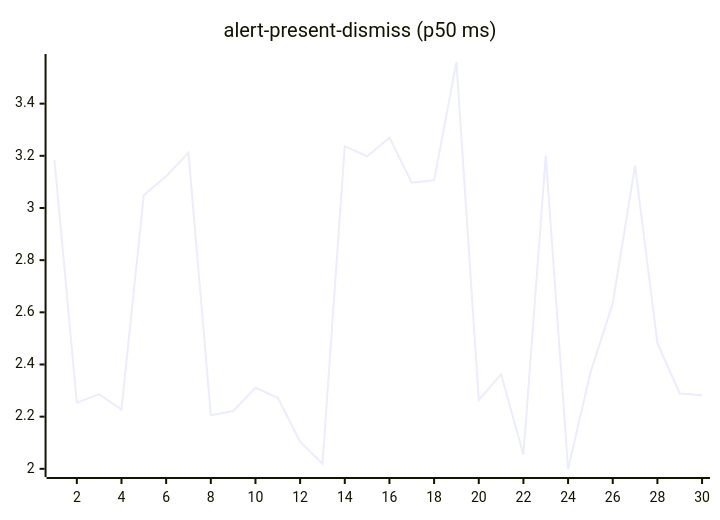
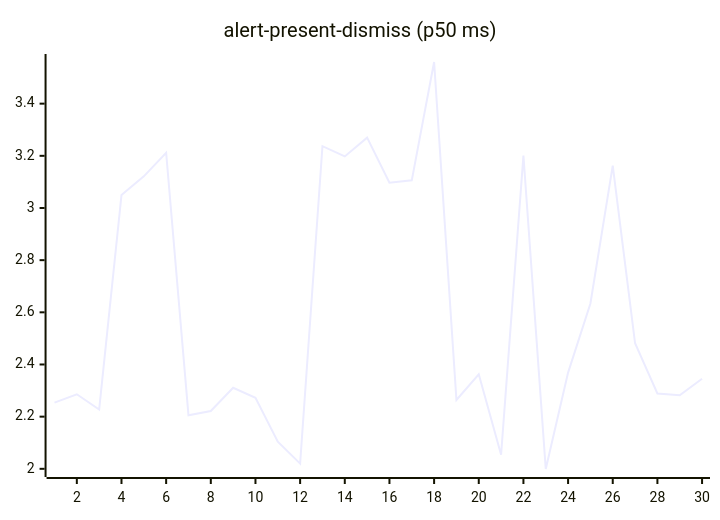
One commit to josha/Facet changed the second of 27 diagrams in README.md. Above: the diagram before and after it, drawn with Mermaid. The commit also changed other lines of this file and 2 other files, not shown here.

````diff
--- a/README.md
+++ b/README.md
@@ -70,6 +70,6 @@
 ```mermaid
 xychart-beta
     title "alert-present-dismiss (p50 ms)"
     x-axis 1 --> 30
-    line [3.1837, 2.2536, 2.2857, 2.2272, 3.0496, 3.1212, 3.2117, 2.2054, 2.2216, 2.3109, 2.2722, 2.1040, 2.0200, 3.2371, 3.1976, 3.2697, 3.0970, 3.1061, 3.5597, 2.2642, 2.3626, 2.0543, 3.2013, 1.9993, 2.3689, 2.6340, 3.1626, 2.4814, 2.2888, 2.2819]
+    line [2.2536, 2.2857, 2.2272, 3.0496, 3.1212, 3.2117, 2.2054, 2.2216, 2.3109, 2.2722, 2.1040, 2.0200, 3.2371, 3.1976, 3.2697, 3.0970, 3.1061, 3.5597, 2.2642, 2.3626, 2.0543, 3.2013, 1.9993, 2.3689, 2.6340, 3.1626, 2.4814, 2.2888, 2.2819, 2.3455]
 ```
````
